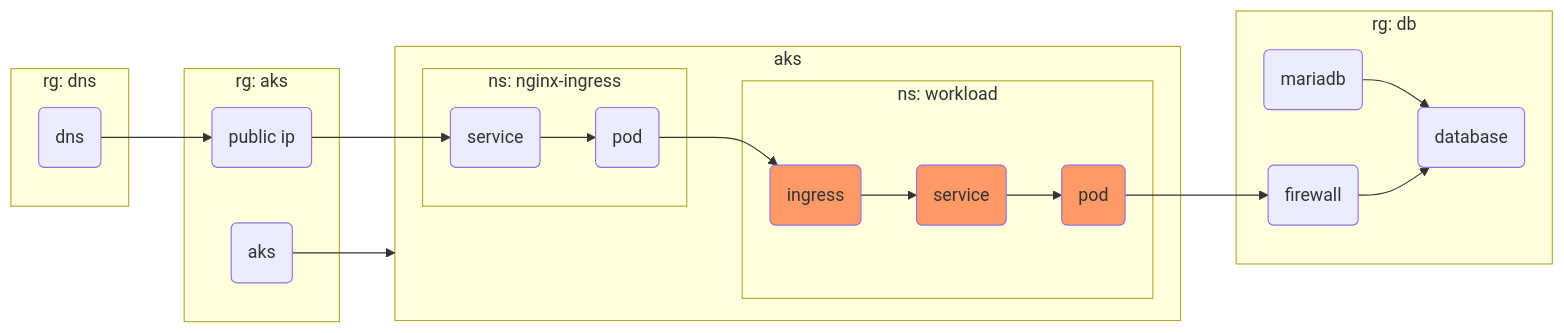
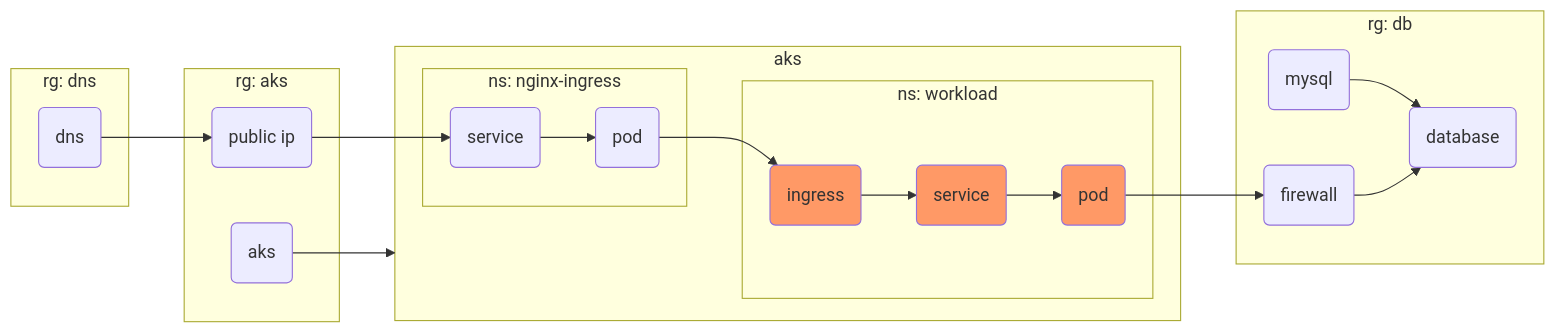
The diagram in content/en/docs/06_azure/6-demo-app.md (acend/terraform-training), drawn with Mermaid before and after one commit. The commit also changed other lines of this file and 2 other files, not shown here.

Commit message:
replace mariadb with mysql

````diff
--- a/content/en/docs/06_azure/6-demo-app.md
+++ b/content/en/docs/06_azure/6-demo-app.md
@@ -11,28 +11,28 @@
 ```mermaid
 flowchart LR
     classDef red fill:#f96
     subgraph rg: aks
     aAks(aks)
     aIp(public ip)
     end
     dDns --> aIp
     subgraph rg: dns
     dDns(dns)
     end
     aAks --> aks
     subgraph aks
         aIp --> sNg
         subgraph ns: nginx-ingress
         sNg(service) --> pNg(pod)
         end
         subgraph ns: workload
         iAc --> sAc(service):::red --> pAc(pod):::red
         pNg --> iAc(ingress):::red
         end
     end
     pAc --> mFire
     subgraph rg: db
-        mServer(mariadb) --> mDb(database)
+        mServer(mysql) --> mDb(database)
         mFire(firewall) --> mDb
     end
 ```
````
